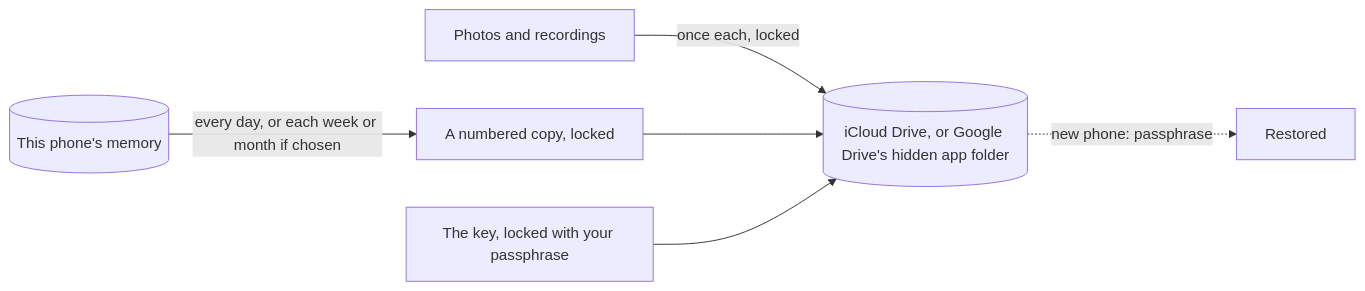
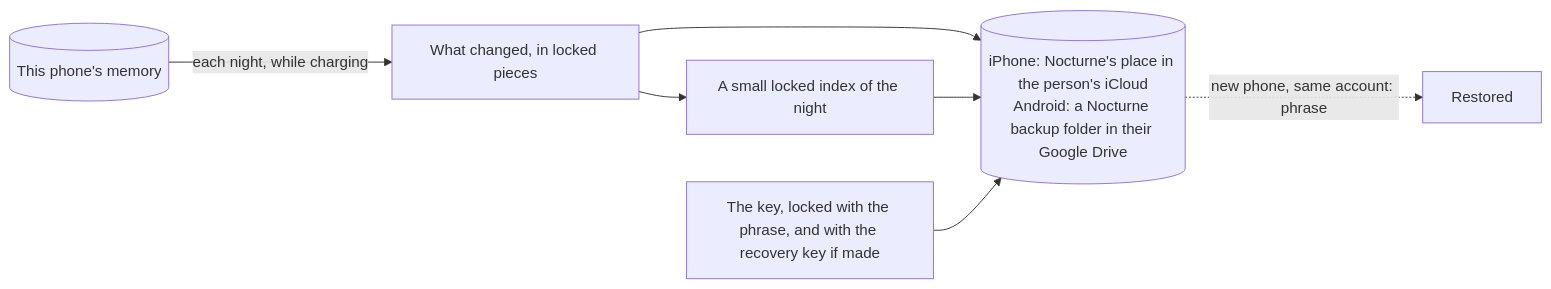
One commit to agync/nocturne changed the third of 3 diagrams in docs/design/phone-first.md. Above: the diagram before and after it, drawn with Mermaid. The commit also changed other lines of this file and 17 other files, not shown here.

Commit message:
docs: back up a phone each night

````diff
--- a/docs/design/phone-first.md
+++ b/docs/design/phone-first.md
@@ -560,8 +565,9 @@
 ```mermaid
 flowchart LR
-    DB[(This phone's memory)] -->|every day, or each week or month if chosen| SN[A numbered copy, locked]
-    OR[Photos and recordings] -->|once each, locked| PL
-    SN --> PL[(iCloud Drive, or Google Drive's hidden app folder)]
-    KY[The key, locked with your passphrase] --> PL
-    PL -. new phone: passphrase .-> NP[Restored]
+    DB[(This phone's memory)] -->|each night, while charging| CH[What changed, in locked pieces]
+    CH --> IX[A small locked index of the night]
+    CH --> PL[(iPhone: Nocturne's place in the person's iCloud<br/>Android: a Nocturne backup folder in their Google Drive)]
+    IX --> PL
+    KY[The key, locked with the phrase, and with the recovery key if made] --> PL
+    PL -. new phone, same account: phrase .-> NP[Restored]
 ```
````
